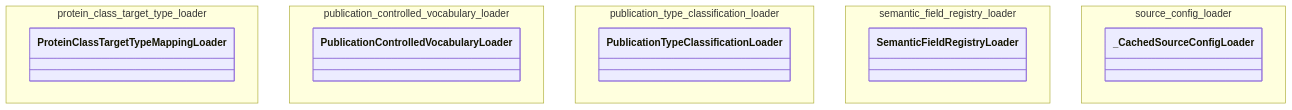
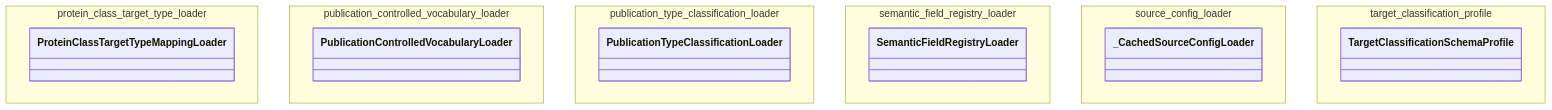
Before and after one commit to SatoryKono/BioactivityDataAcquisition: the diagram in docs/02-architecture/diagrams/class-diagrams/90-pkg-infrastructure-config-part2.mmd, drawn with Mermaid. The commit also changed 35 other files, not shown here.

First line of the commit message:
fix(ci): synchronize IUPHAR diagram inventory and review routing guards

```diff
--- a/docs/02-architecture/diagrams/class-diagrams/90-pkg-infrastructure-config-part2.mmd
+++ b/docs/02-architecture/diagrams/class-diagrams/90-pkg-infrastructure-config-part2.mmd
@@ -1,30 +1,34 @@
 %% Title: Package Family: infrastructure/config (Part 2/2)
-%% Covers: AST-derived supplemental package-family inventory slice for src/bioetl/infrastructure/config; part 2/2; modules: protein_class_target_type_loader, publication_controlled_vocabulary_loader, publication_type_classification_loader, semantic_field_registry_loader, source_config_loader.
+%% Covers: AST-derived supplemental package-family inventory slice for src/bioetl/infrastructure/config; part 2/2; modules: protein_class_target_type_loader, publication_controlled_vocabulary_loader, publication_type_classification_loader, semantic_field_registry_loader, source_config_loader, target_classification_profile.
 %% Components: top-level classes grouped by source module.
 %% @version 1.0.0
 %% @type    classDiagram
-%% @date    2026-10-04
+%% @date    2026-11-18
 %% @level   Package Family / Inventory Slice
-%% @nodes   5
+%% @nodes   6
 %% @reference Generated supplemental package-family slice used to keep node density within the class-diagram readability budget (<= 30).
 classDiagram
 
     namespace protein_class_target_type_loader {
         class ProteinClassTargetTypeMappingLoader
     }
 
     namespace publication_controlled_vocabulary_loader {
         class PublicationControlledVocabularyLoader
     }
 
     namespace publication_type_classification_loader {
         class PublicationTypeClassificationLoader
     }
 
     namespace semantic_field_registry_loader {
         class SemanticFieldRegistryLoader
     }
 
     namespace source_config_loader {
         class _CachedSourceConfigLoader
     }
+
+    namespace target_classification_profile {
+        class TargetClassificationSchemaProfile
+    }
```
